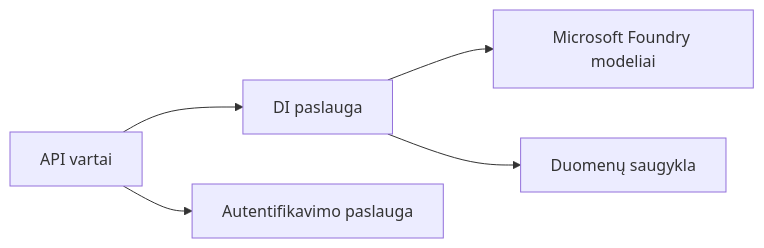
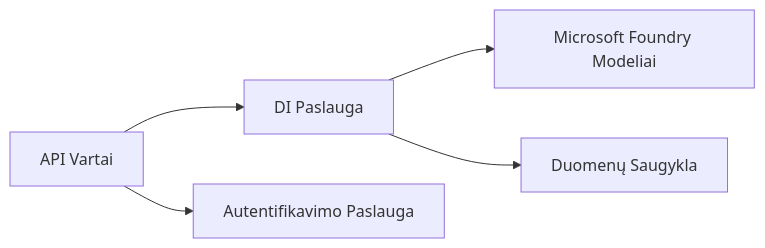
Before and after one commit to microsoft/AZD-for-beginners: the first of 2 diagrams in translations/lt/docs/chapter-08-production/README.md, drawn with Mermaid. The commit also changed other lines of this file and 101 other files, not shown here.

````diff
--- a/translations/lt/docs/chapter-08-production/README.md
+++ b/translations/lt/docs/chapter-08-production/README.md
@@ -46,6 +48,6 @@
 ```mermaid
 graph LR
-    Gateway[API vartai] --> AI[DI paslauga] --> Models[Microsoft Foundry modeliai]
-    Gateway --> Auth[Autentifikavimo paslauga]
-    AI --> Data[Duomenų saugykla]
+    Gateway[API Vartai] --> AI[DI Paslauga] --> Models[Microsoft Foundry Modeliai]
+    Gateway --> Auth[Autentifikavimo Paslauga]
+    AI --> Data[Duomenų Saugykla]
 ```
````
